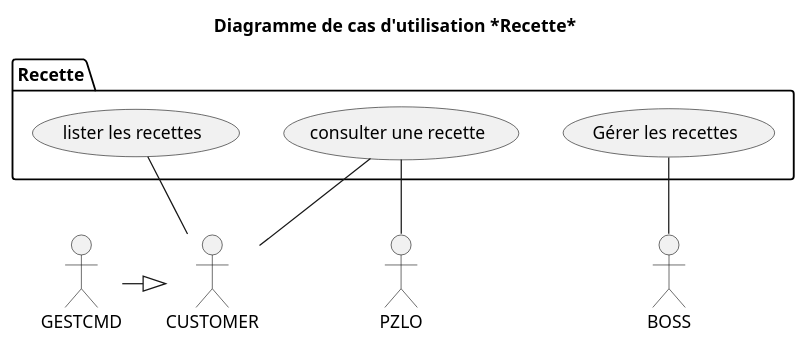
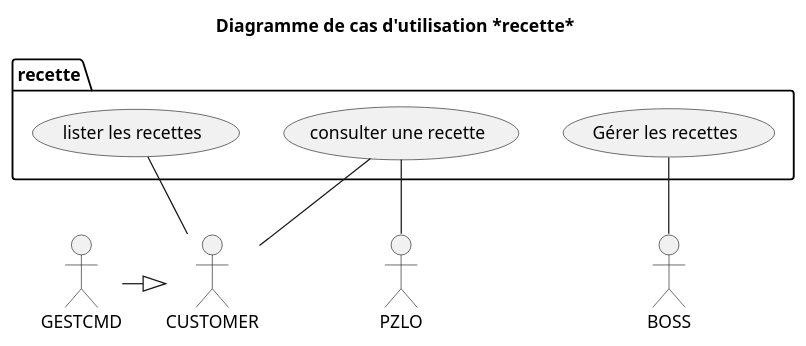
Before and after one commit to Zepmanbc/oc_dapython_pr4: the diagram in v4/uml/03_recette.puml, drawn with PlantUML. The commit also changed 28 other files, not shown here.

```diff
--- a/v4/uml/03_recette.puml
+++ b/v4/uml/03_recette.puml
@@ -1,24 +1,24 @@
 @startuml 03_recette
-title Diagramme de cas d'utilisation *Recette*
+title Diagramme de cas d'utilisation *recette*
 
 ' actor Gestionnaire_de_commande as GESTCMD
 ' actor Client as CUSTOMER
 ' actor Gestionnaire_de_stock as GESTSTOCK
 ' actor Pizzaiolo as PZLO
 ' actor Responsable as BOSS
 ' actor Banque <<system>> as BANK
 
-package Recette{
+package recette{
     (lister les recettes) as LIST_RECIPES
     (consulter une recette) as SHOW_RECIPE
     (Gérer les recettes) as MANAGE_RECIPE
 }
 
 MANAGE_RECIPE -- BOSS
 
 LIST_RECIPES -- CUSTOMER
 SHOW_RECIPE -- CUSTOMER
 GESTCMD -|> CUSTOMER
 SHOW_RECIPE -- PZLO
 
 @enduml
```
